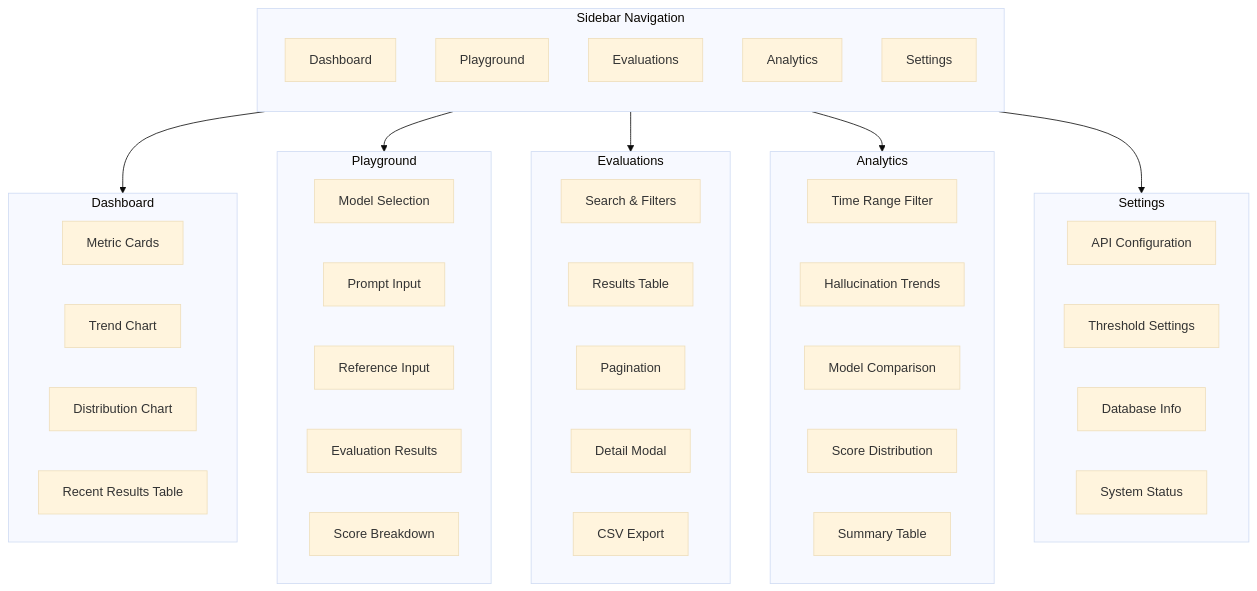
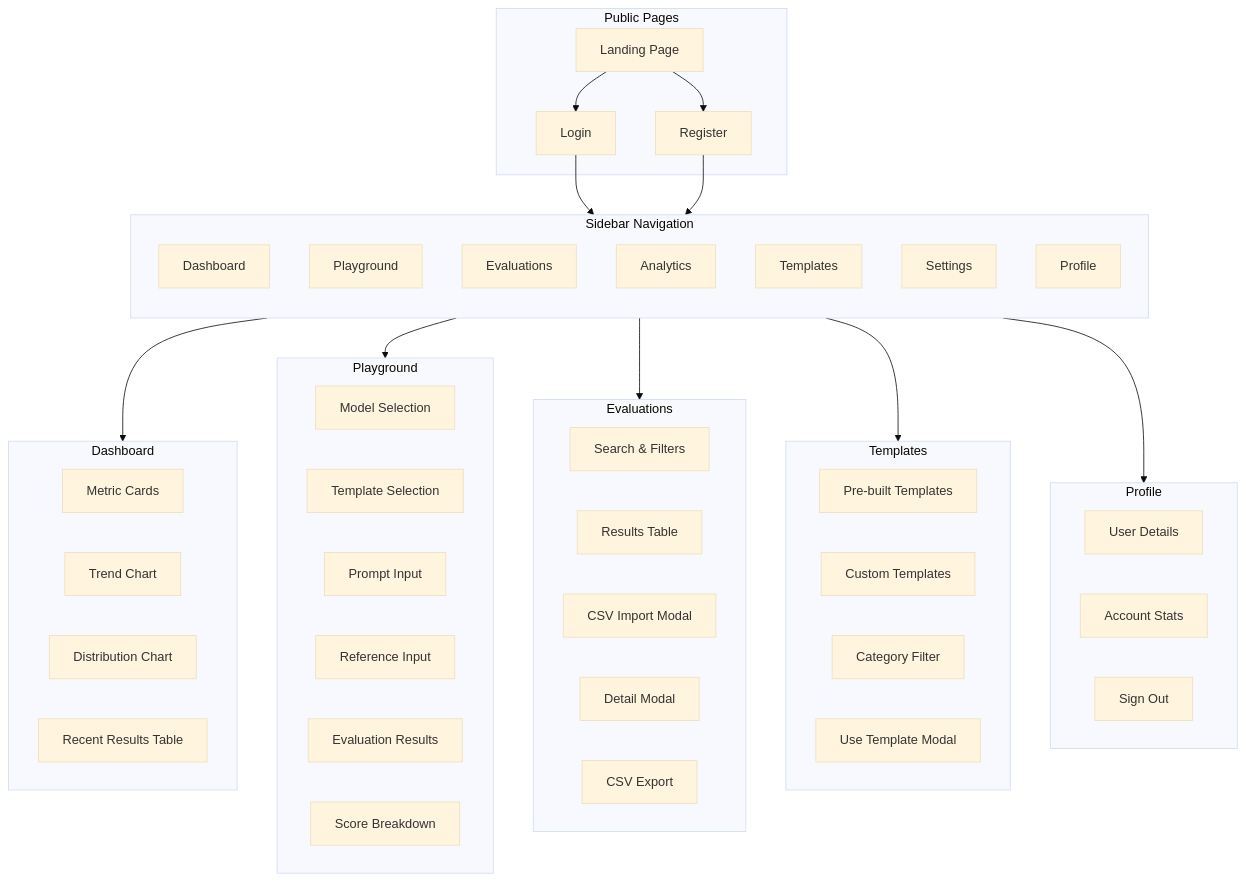
The seventh of 8 diagrams in README.md (rishi02102017/HalluciDetect), drawn with Mermaid (base theme) before and after one commit. The commit also changed other lines of this file and 1 other file, not shown here.

````diff
--- a/README.md
+++ b/README.md
@@ -319,55 +353,67 @@
 ```mermaid
 flowchart TB
+    subgraph Public["Public Pages"]
+        LAND[Landing Page]
+        LOGIN[Login]
+        REG[Register]
+    end
+
     subgraph Sidebar["Sidebar Navigation"]
         direction TB
         DASH[Dashboard]
         PLAY[Playground]
         EVALS[Evaluations]
         ANAL[Analytics]
+        TEMP[Templates]
         SETT[Settings]
+        PROF[Profile]
     end
 
     subgraph Dashboard_Page["Dashboard"]
         D1[Metric Cards]
         D2[Trend Chart]
         D3[Distribution Chart]
         D4[Recent Results Table]
     end
 
     subgraph Playground_Page["Playground"]
         P1[Model Selection]
-        P2[Prompt Input]
-        P3[Reference Input]
-        P4[Evaluation Results]
-        P5[Score Breakdown]
+        P2[Template Selection]
+        P3[Prompt Input]
+        P4[Reference Input]
+        P5[Evaluation Results]
+        P6[Score Breakdown]
     end
 
     subgraph Evaluations_Page["Evaluations"]
         E1[Search & Filters]
         E2[Results Table]
-        E3[Pagination]
+        E3[CSV Import Modal]
         E4[Detail Modal]
         E5[CSV Export]
     end
 
-    subgraph Analytics_Page["Analytics"]
-        A1[Time Range Filter]
-        A2[Hallucination Trends]
-        A3[Model Comparison]
-        A4[Score Distribution]
-        A5[Summary Table]
+    subgraph Templates_Page["Templates"]
+        T1[Pre-built Templates]
+        T2[Custom Templates]
+        T3[Category Filter]
+        T4[Use Template Modal]
     end
 
-    subgraph Settings_Page["Settings"]
-        S1[API Configuration]
-        S2[Threshold Settings]
-        S3[Database Info]
-        S4[System Status]
+    subgraph Profile_Page["Profile"]
+        PR1[User Details]
+        PR2[Account Stats]
+        PR3[Sign Out]
     end
 
+    LAND --> LOGIN
+    LAND --> REG
+    LOGIN --> DASH
+    REG --> DASH
+    
     DASH --> Dashboard_Page
     PLAY --> Playground_Page
     EVALS --> Evaluations_Page
-    ANAL --> Analytics_Page
-    SETT --> Settings_Page
+    TEMP --> Templates_Page
+    PROF --> Profile_Page
 ```
````
